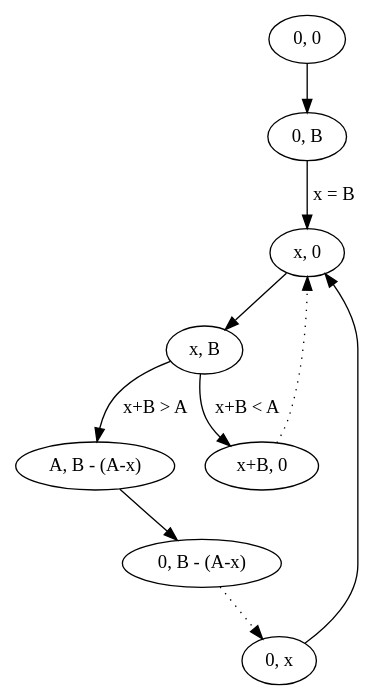
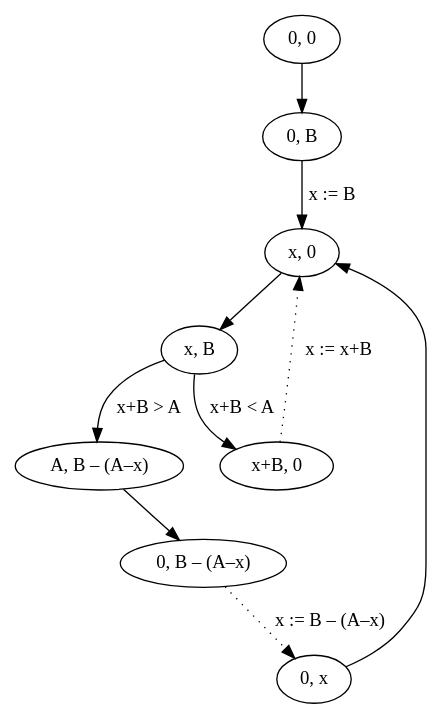
Before and after one commit to klon1030/exercises: the diagram in two_vessels/docs/graphs/graph2_example.gv, drawn with Graphviz. The commit also changed 1 other file, not shown here.

Commit message:
* Дефисы в диаграммах заменены на минусы. * Дполнительные подписи к "точечным" переходам. * Добавление нехватающего точечного перехода в первую диаграмму.

```diff
--- a/two_vessels/docs/graphs/graph2_example.gv
+++ b/two_vessels/docs/graphs/graph2_example.gv
@@ -1,11 +1,11 @@
  digraph G2 {
 "0, 0" -> "0, B";
-"0, B" -> "x, 0" [label = "x = B"];
+"0, B" -> "x, 0" [label = "x := B"];
 "x, 0" -> "x, B";
 "x, B" -> "x+B, 0" [label = "x+B < A"];
-"x+B, 0" -> "x, 0"  [style=dotted];
-"x, B" -> "A, B - (A-x)" [label = "x+B > A"];
-"A, B - (A-x)" -> "0, B - (A-x)";
-"0, B - (A-x)" -> "0, x" [style=dotted];
+"x+B, 0" -> "x, 0"  [style=dotted, label = "x := x+B"];
+"x, B" -> "A, B – (A–x)" [label = "x+B > A"];
+"A, B – (A–x)" -> "0, B – (A–x)";
+"0, B – (A–x)" -> "0, x" [style=dotted, label = "x := B – (A–x)"];
  "0, x" -> "x, 0";
  }
```
